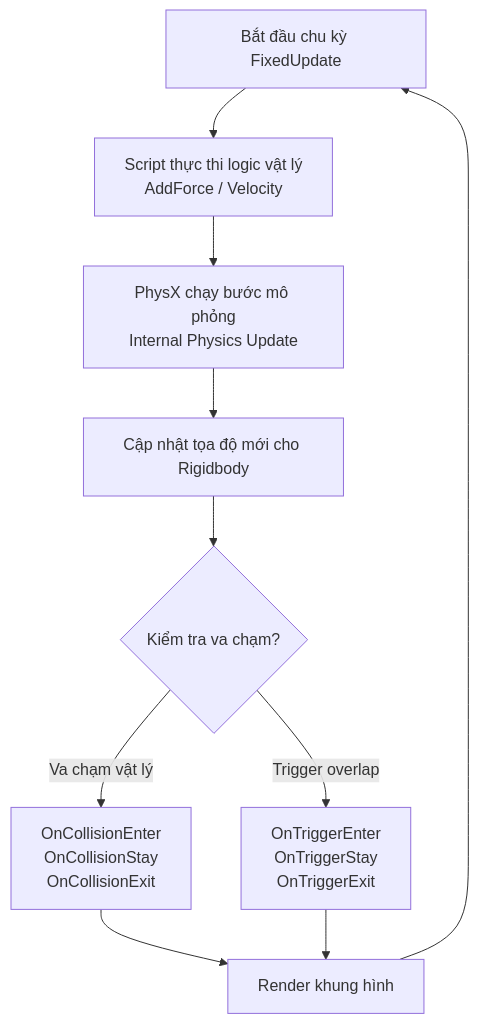
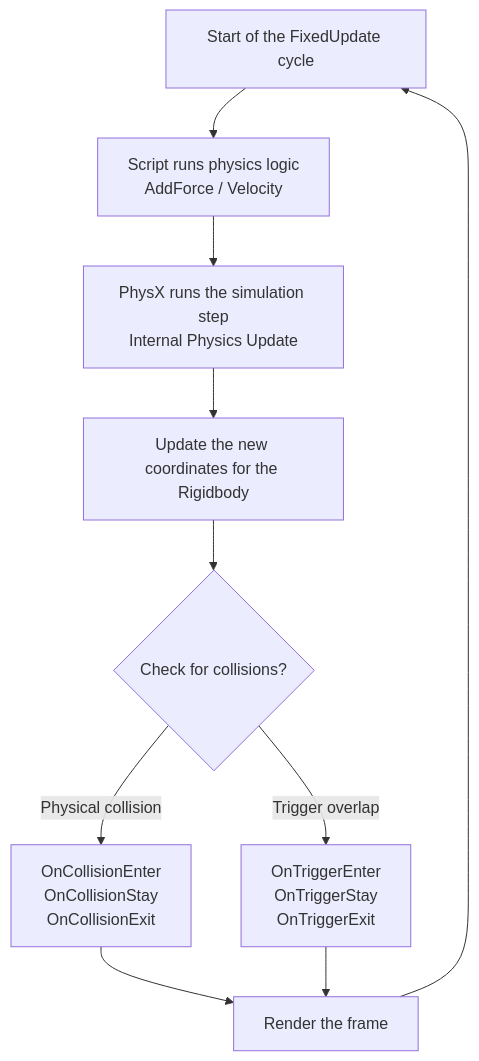
One commit to bugkodc/Road_Map_GameDev changed the diagram in Doc/en/03-Unity/01-Manual/14-Physics/00-physics-overview.md. Above: the diagram before and after it, drawn with Mermaid. The commit also changed other lines of this file and 38 other files, not shown here.

First line of the commit message:
Translate residual Vietnamese in English docs (diagrams, code, strings)

````diff
--- a/Doc/en/03-Unity/01-Manual/14-Physics/00-physics-overview.md
+++ b/Doc/en/03-Unity/01-Manual/14-Physics/00-physics-overview.md
@@ -64,14 +64,14 @@
 ```mermaid
 flowchart TD
-  A["Bắt đầu chu kỳ FixedUpdate"] --> B["Script thực thi logic vật lý<br/>AddForce / Velocity"]
-  B --> C["PhysX chạy bước mô phỏng<br/>Internal Physics Update"]
-  C --> D["Cập nhật tọa độ mới cho Rigidbody"]
-  D --> E{"Kiểm tra va chạm?"}
+  A["Start of the FixedUpdate cycle"] --> B["Script runs physics logic<br/>AddForce / Velocity"]
+  B --> C["PhysX runs the simulation step<br/>Internal Physics Update"]
+  C --> D["Update the new coordinates for the Rigidbody"]
+  D --> E{"Check for collisions?"}
 
-  E -- "Va chạm vật lý" --> F["OnCollisionEnter<br/>OnCollisionStay<br/>OnCollisionExit"]
+  E -- "Physical collision" --> F["OnCollisionEnter<br/>OnCollisionStay<br/>OnCollisionExit"]
   E -- "Trigger overlap" --> G["OnTriggerEnter<br/>OnTriggerStay<br/>OnTriggerExit"]
 
-  F --> H["Render khung hình"]
+  F --> H["Render the frame"]
   G --> H
   H --> A
 ```
````
